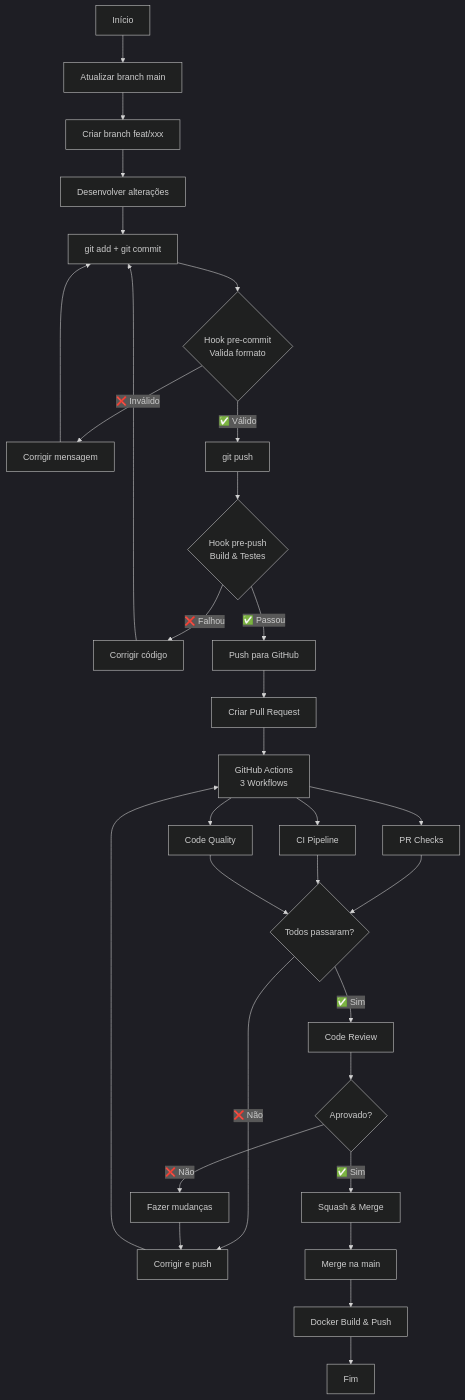
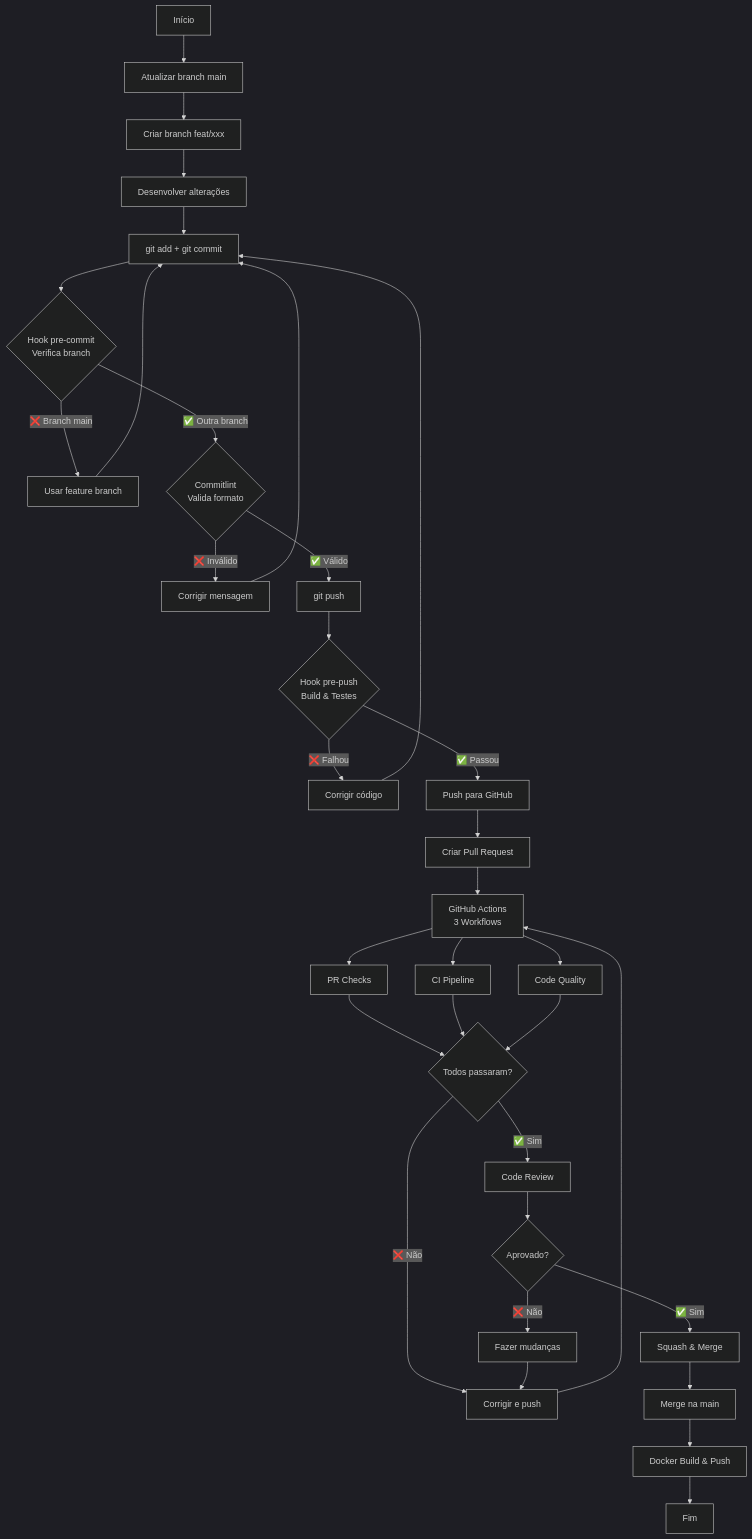
The first of 10 diagrams in docs/CI_FLOWCHART.md (jorelrx/PrismaPrimeMarketAPI), drawn with Mermaid (dark theme) before and after one commit. The commit also changed other lines of this file and 5 other files, not shown here.

Commit message:
feat: Add pre-commit hook and update documentation for commit-msg validation

````diff
--- a/docs/CI_FLOWCHART.md
+++ b/docs/CI_FLOWCHART.md
@@ -21,33 +21,36 @@
 ```mermaid
 flowchart TD
     A[Início] --> B[Atualizar branch main]
     B --> C[Criar branch feat/xxx]
     C --> D[Desenvolver alterações]
     D --> E[git add + git commit]
-    E --> F{Hook pre-commit<br/>Valida formato}
-    F -->|❌ Inválido| G[Corrigir mensagem]
+    E --> F{Hook pre-commit<br/>Verifica branch}
+    F -->|❌ Branch main| G[Usar feature branch]
     G --> E
-    F -->|✅ Válido| H[git push]
-    H --> I{Hook pre-push<br/>Build & Testes}
-    I -->|❌ Falhou| J[Corrigir código]
-    J --> E
-    I -->|✅ Passou| K[Push para GitHub]
-    K --> L[Criar Pull Request]
-    L --> M[GitHub Actions<br/>3 Workflows]
-    M --> N[PR Checks]
-    M --> O[CI Pipeline]
-    M --> P[Code Quality]
-    N --> Q{Todos passaram?}
-    O --> Q
-    P --> Q
-    Q -->|❌ Não| R[Corrigir e push]
-    R --> M
-    Q -->|✅ Sim| S[Code Review]
-    S --> T{Aprovado?}
-    T -->|❌ Não| U[Fazer mudanças]
-    U --> R
-    T -->|✅ Sim| V[Squash & Merge]
-    V --> W[Merge na main]
-    W --> X[Docker Build & Push]
-    X --> Y[Fim]
+    F -->|✅ Outra branch| H{Commitlint<br/>Valida formato}
+    H -->|❌ Inválido| I[Corrigir mensagem]
+    I --> E
+    H -->|✅ Válido| J[git push]
+    J --> K{Hook pre-push<br/>Build & Testes}
+    K -->|❌ Falhou| L[Corrigir código]
+    L --> E
+    K -->|✅ Passou| M[Push para GitHub]
+    M --> N[Criar Pull Request]
+    N --> O[GitHub Actions<br/>3 Workflows]
+    O --> P[PR Checks]
+    O --> Q[CI Pipeline]
+    O --> R[Code Quality]
+    P --> S{Todos passaram?}
+    Q --> S
+    R --> S
+    S -->|❌ Não| T[Corrigir e push]
+    T --> O
+    S -->|✅ Sim| U[Code Review]
+    U --> V{Aprovado?}
+    V -->|❌ Não| W[Fazer mudanças]
+    W --> T
+    V -->|✅ Sim| X[Squash & Merge]
+    X --> Y[Merge na main]
+    Y --> Z[Docker Build & Push]
+    Z --> AA[Fim]
 ```
````
